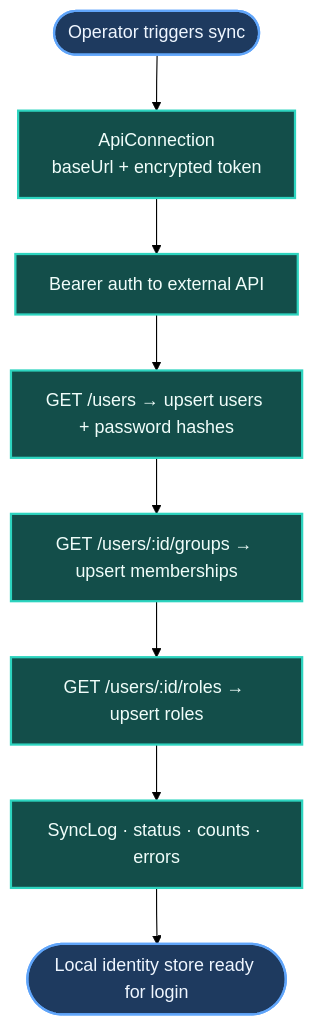
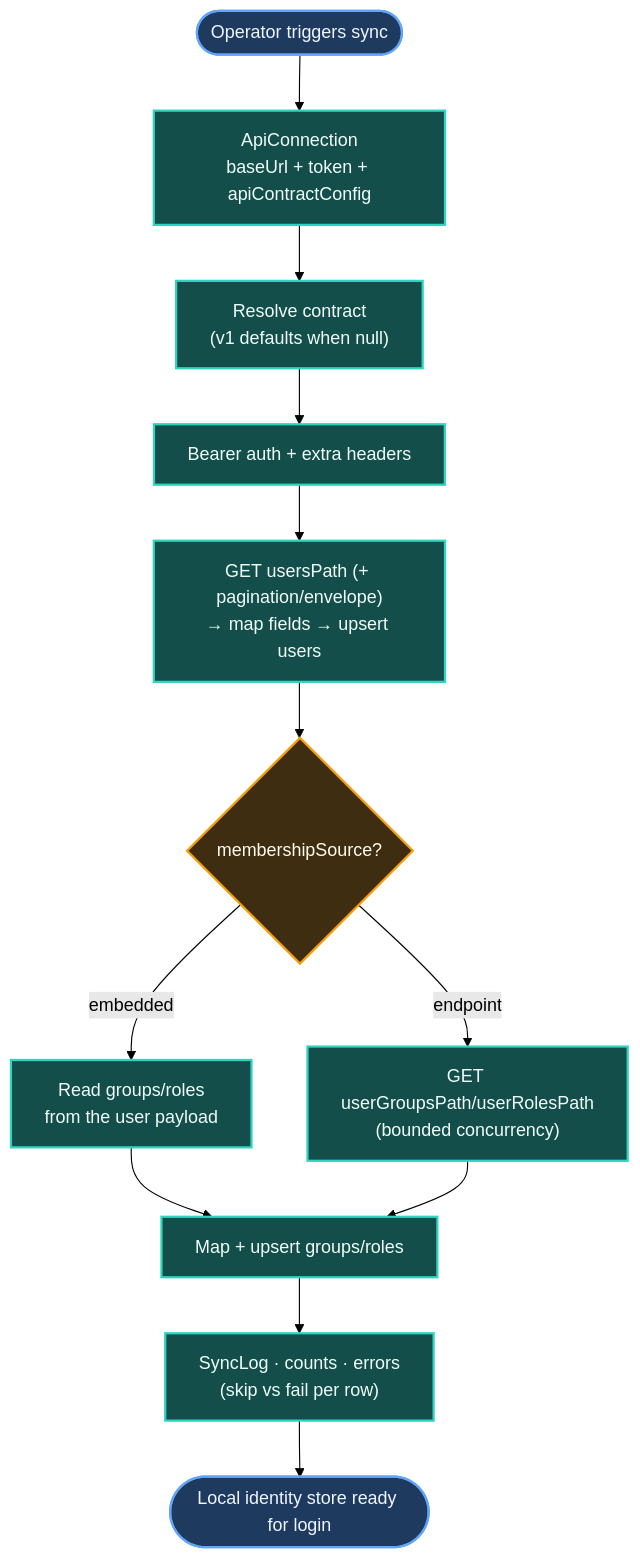
The diagram in docs/img/sync-flow.mmd (01laky/NestIdP), drawn with Mermaid (forest theme) before and after one commit. The commit also changed 52 other files, not shown here.

First line of the commit message:
feat(sync): configurable per-connection API contract (v1.9.0)

```diff
--- a/docs/img/sync-flow.mmd
+++ b/docs/img/sync-flow.mmd
@@ -1,17 +1,25 @@
 flowchart TD
 	START(["Operator triggers sync"])
-	CONFIG["ApiConnection\nbaseUrl + encrypted token"]
-	AUTH["Bearer auth to external API"]
-	USERS["GET /users → upsert users + password hashes"]
-	GROUPS["GET /users/:id/groups → upsert memberships"]
-	ROLES["GET /users/:id/roles → upsert roles"]
-	LOG["SyncLog · status · counts · errors"]
+	CONFIG["ApiConnection\nbaseUrl + token + apiContractConfig"]
+	RESOLVE["Resolve contract\n(v1 defaults when null)"]
+	AUTH["Bearer auth + extra headers"]
+	USERS["GET usersPath (+ pagination/envelope)\n→ map fields → upsert users"]
+	MEMBER{"membershipSource?"}
+	EMBEDDED["Read groups/roles\nfrom the user payload"]
+	ENDPOINT["GET userGroupsPath/userRolesPath\n(bounded concurrency)"]
+	APPLY["Map + upsert groups/roles"]
+	LOG["SyncLog · counts · errors\n(skip vs fail per row)"]
 	END(["Local identity store ready for login"])
 
-	START --> CONFIG --> AUTH --> USERS --> GROUPS --> ROLES --> LOG --> END
+	START --> CONFIG --> RESOLVE --> AUTH --> USERS --> MEMBER
+	MEMBER -->|embedded| EMBEDDED --> APPLY
+	MEMBER -->|endpoint| ENDPOINT --> APPLY
+	APPLY --> LOG --> END
 
 	classDef step fill:#134e4a,stroke:#2dd4bf,stroke-width:2px,color:#f0fdfa
 	classDef io fill:#1e3a5f,stroke:#60a5fa,stroke-width:2px,color:#eff6ff
+	classDef decision fill:#3f2d12,stroke:#f59e0b,stroke-width:2px,color:#fffbeb
 
-	class CONFIG,AUTH,USERS,GROUPS,ROLES,LOG step
+	class CONFIG,RESOLVE,AUTH,USERS,EMBEDDED,ENDPOINT,APPLY,LOG step
+	class MEMBER decision
 	class START,END io
```
